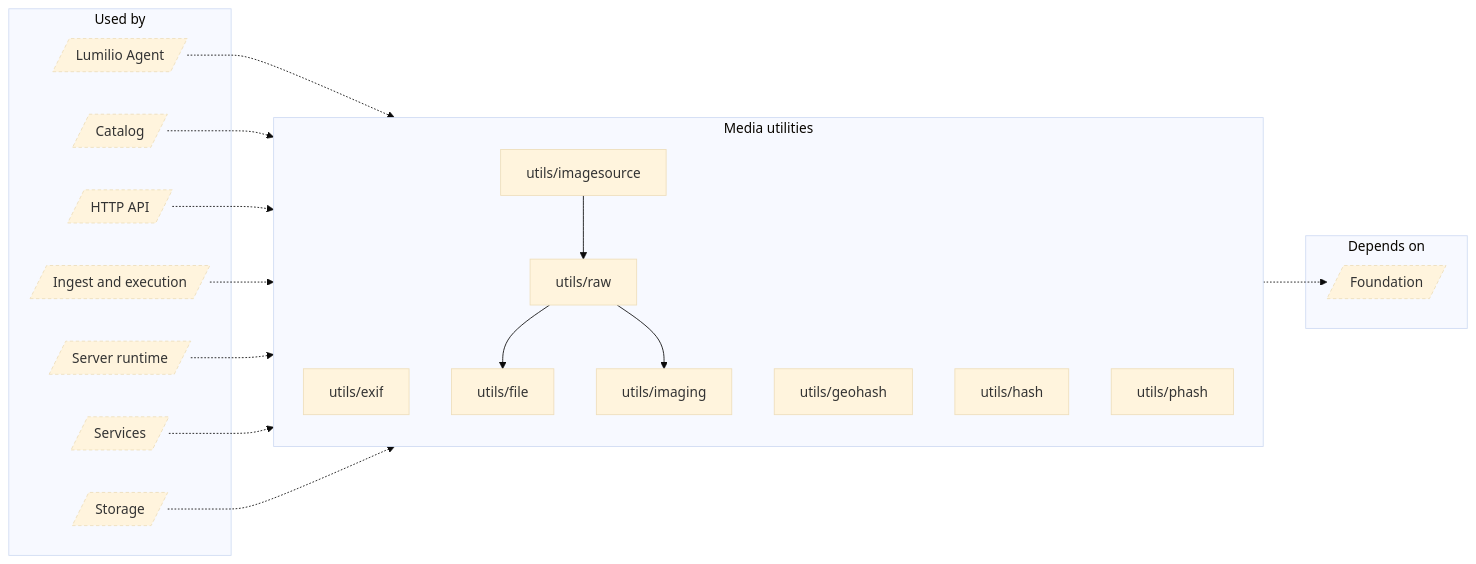
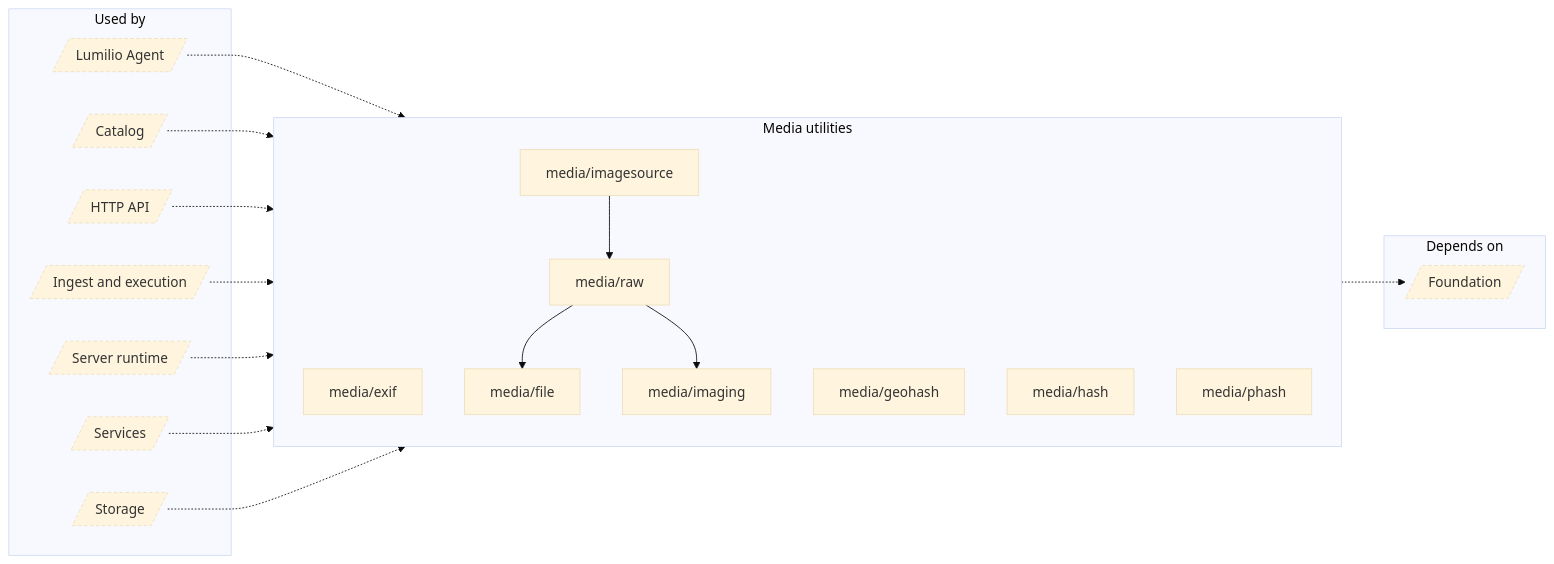
Before and after one commit to EdwinZhanCN/Lumilio-Photos: the diagram in docs/atlas/generated/architecture/group-media.md, drawn with Mermaid (base theme). The commit also changed other lines of this file and 936 other files, not shown here.

````diff
--- a/docs/atlas/generated/architecture/group-media.md
+++ b/docs/atlas/generated/architecture/group-media.md
@@ -9,38 +9,38 @@
 ```mermaid
 flowchart LR
     subgraph n_g_Used_by["Used by"]
         n_in_agent[/"Lumilio Agent"/]
         n_in_catalog[/"Catalog"/]
         n_in_http[/"HTTP API"/]
         n_in_ingest[/"Ingest and execution"/]
         n_in_runtime[/"Server runtime"/]
         n_in_service[/"Services"/]
         n_in_storage[/"Storage"/]
     end
     subgraph n_g_Media_utilities["Media utilities"]
-        n_server_internal_utils_exif["utils/exif"]
-        n_server_internal_utils_file["utils/file"]
-        n_server_internal_utils_geohash["utils/geohash"]
-        n_server_internal_utils_hash["utils/hash"]
-        n_server_internal_utils_imagesource["utils/imagesource"]
-        n_server_internal_utils_imaging["utils/imaging"]
-        n_server_internal_utils_phash["utils/phash"]
-        n_server_internal_utils_raw["utils/raw"]
+        n_server_internal_media_exif["media/exif"]
+        n_server_internal_media_file["media/file"]
+        n_server_internal_media_geohash["media/geohash"]
+        n_server_internal_media_hash["media/hash"]
+        n_server_internal_media_imagesource["media/imagesource"]
+        n_server_internal_media_imaging["media/imaging"]
+        n_server_internal_media_phash["media/phash"]
+        n_server_internal_media_raw["media/raw"]
     end
     subgraph n_g_Depends_on["Depends on"]
         n_out_foundation[/"Foundation"/]
     end
     n_in_agent -.-> n_g_Media_utilities
     n_in_catalog -.-> n_g_Media_utilities
     n_in_http -.-> n_g_Media_utilities
     n_in_ingest -.-> n_g_Media_utilities
     n_in_runtime -.-> n_g_Media_utilities
     n_in_service -.-> n_g_Media_utilities
     n_in_storage -.-> n_g_Media_utilities
-    n_server_internal_utils_imagesource --> n_server_internal_utils_raw
-    n_server_internal_utils_raw --> n_server_internal_utils_file
-    n_server_internal_utils_raw --> n_server_internal_utils_imaging
+    n_server_internal_media_imagesource --> n_server_internal_media_raw
+    n_server_internal_media_raw --> n_server_internal_media_file
+    n_server_internal_media_raw --> n_server_internal_media_imaging
     n_g_Media_utilities -.-> n_out_foundation
     classDef external stroke-dasharray:4 3
     class n_in_agent,n_in_catalog,n_in_http,n_in_ingest,n_in_runtime,n_in_service,n_in_storage,n_out_foundation external
 ```
````
